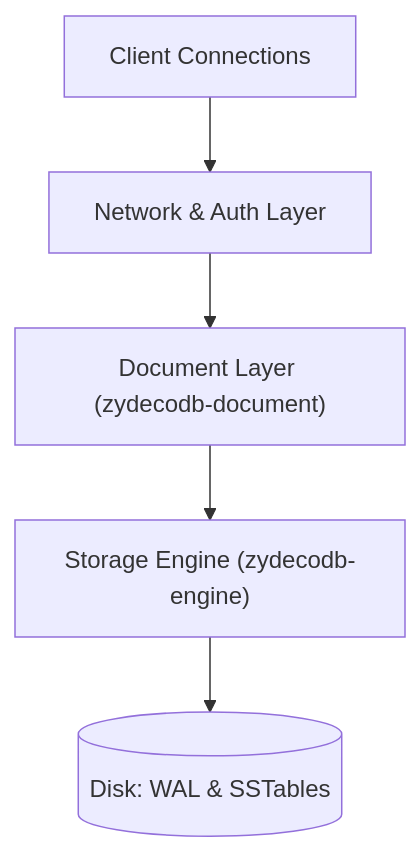
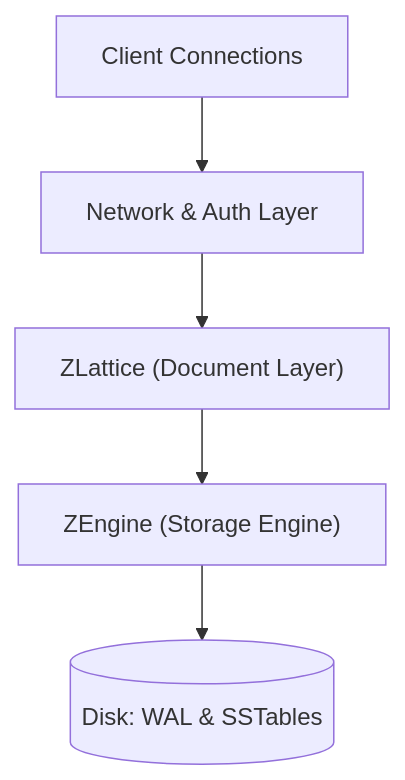
One commit to dataparade/zydecodb changed the first of 2 diagrams in docs/ARCHITECTURE.md. Above: the diagram before and after it, drawn with Mermaid. The commit also changed other lines of this file, not shown here.

Commit message:
docs: update ARCHITECTURE.md with marketing vocabulary (ZEngine, ZLattice, Caravan, etc.)

````diff
--- a/docs/ARCHITECTURE.md
+++ b/docs/ARCHITECTURE.md
@@ -14,7 +14,7 @@
 ```mermaid
 graph TD
     Client[Client Connections] --> Server[Network & Auth Layer]
-    Server --> DocLayer["Document Layer (zydecodb-document)"]
-    DocLayer --> EngineLayer["Storage Engine (zydecodb-engine)"]
+    Server --> DocLayer["ZLattice (Document Layer)"]
+    DocLayer --> EngineLayer["ZEngine (Storage Engine)"]
     EngineLayer --> Disk[(Disk: WAL & SSTables)]
 ```
````
